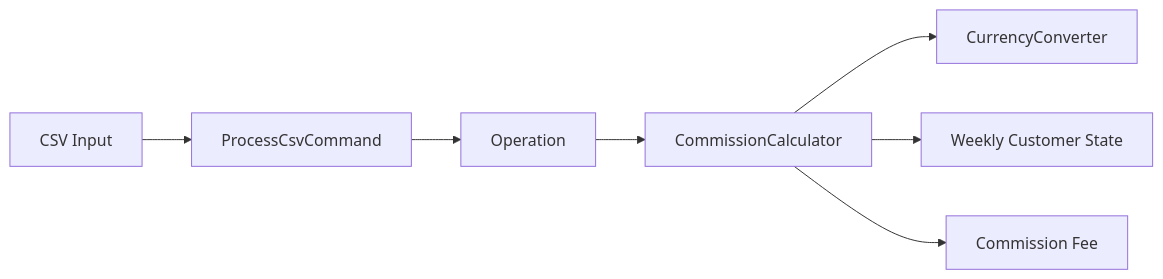
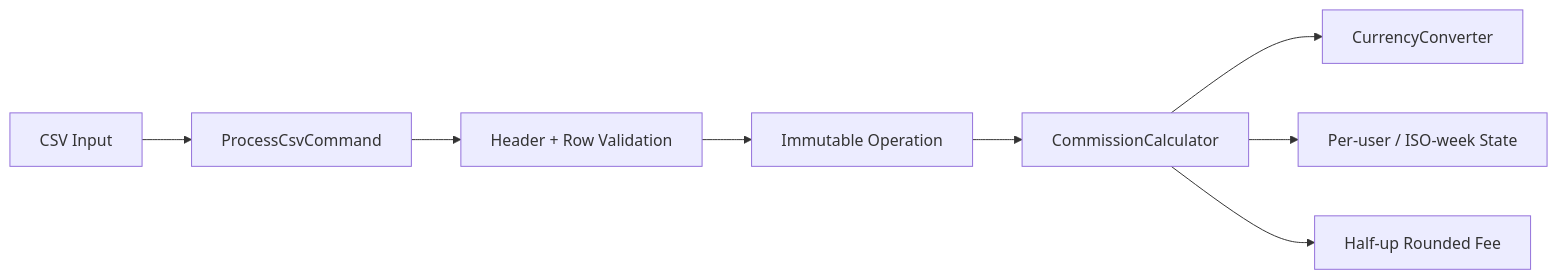
Before and after one commit to DagemawiDeveloper/CommissionApp-Dagemawi: the diagram in README.md, drawn with Mermaid. The commit also changed other lines of this file and 1713 other files, not shown here.

````diff
--- a/README.md
+++ b/README.md
@@ -41,9 +57,10 @@
 ```mermaid
 flowchart LR
     CSV[CSV Input] --> CMD[ProcessCsvCommand]
-    CMD --> OP[Operation]
+    CMD --> VALIDATE[Header + Row Validation]
+    VALIDATE --> OP[Immutable Operation]
     OP --> CALC[CommissionCalculator]
     CALC --> FX[CurrencyConverter]
-    CALC --> STATE[Weekly Customer State]
-    CALC --> RESULT[Commission Fee]
+    CALC --> STATE[Per-user / ISO-week State]
+    CALC --> RESULT[Half-up Rounded Fee]
 ```
````
